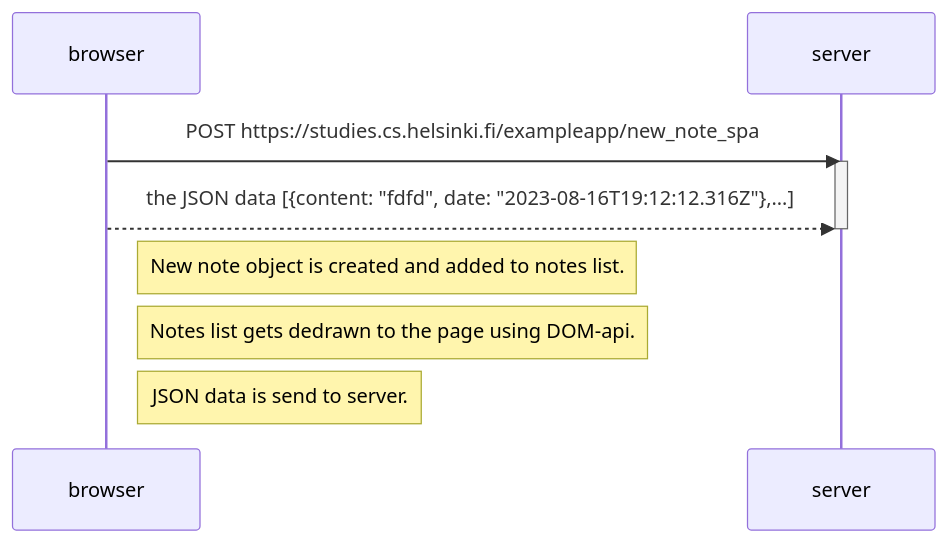
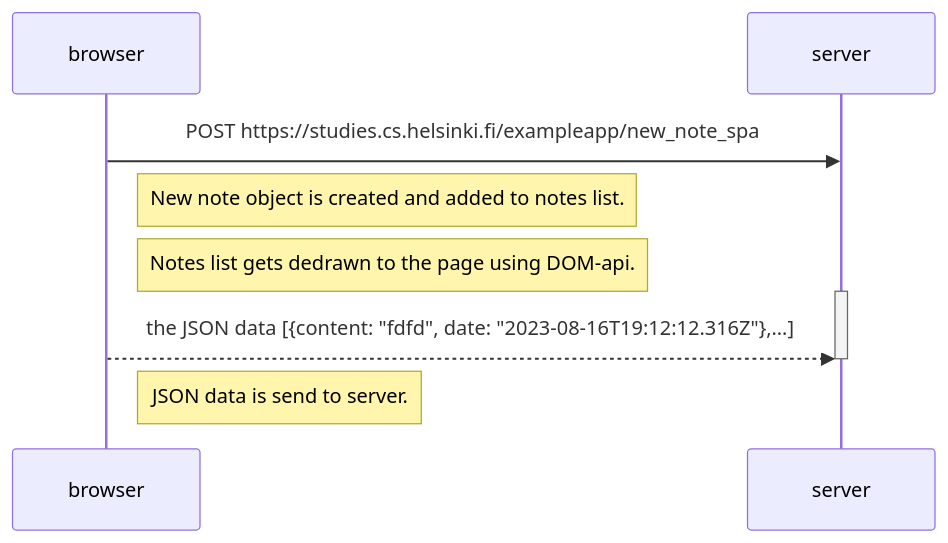
One commit to tojutaha/FullStackOpen changed the diagram in osa0/0.6_uusi_muistiinpano.md. Above: the diagram before and after it, drawn with Mermaid.

Commit message:
Pikku korjaus edelliseen

````diff
--- a/osa0/0.6_uusi_muistiinpano.md
+++ b/osa0/0.6_uusi_muistiinpano.md
@@ -1,14 +1,16 @@
 ```mermaid
 sequenceDiagram
     participant browser
     participant server
 
     browser->>server: POST https://studies.cs.helsinki.fi/exampleapp/new_note_spa
+
+    Note right of browser: New note object is created and added to notes list.
+    Note right of browser: Notes list gets dedrawn to the page using DOM-api.
+
     activate server
     browser-->>server: the JSON data [{content: "fdfd", date: "2023-08-16T19:12:12.316Z"},…]
     deactivate server
 
-    Note right of browser: New note object is created and added to notes list.
-    Note right of browser: Notes list gets dedrawn to the page using DOM-api.
     Note right of browser: JSON data is send to server.
 ```
````
